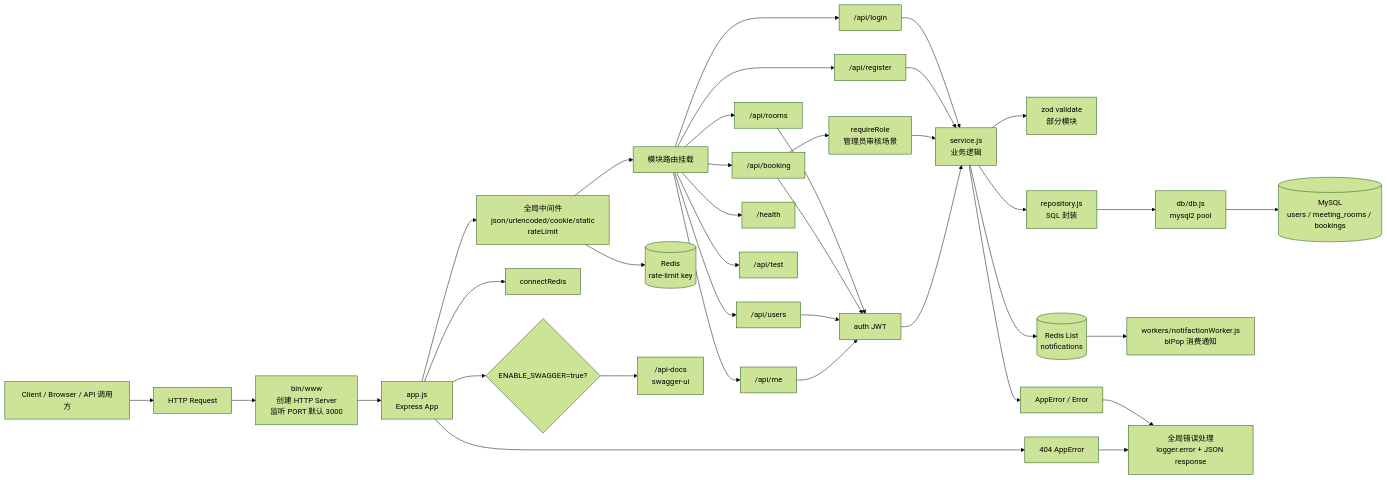
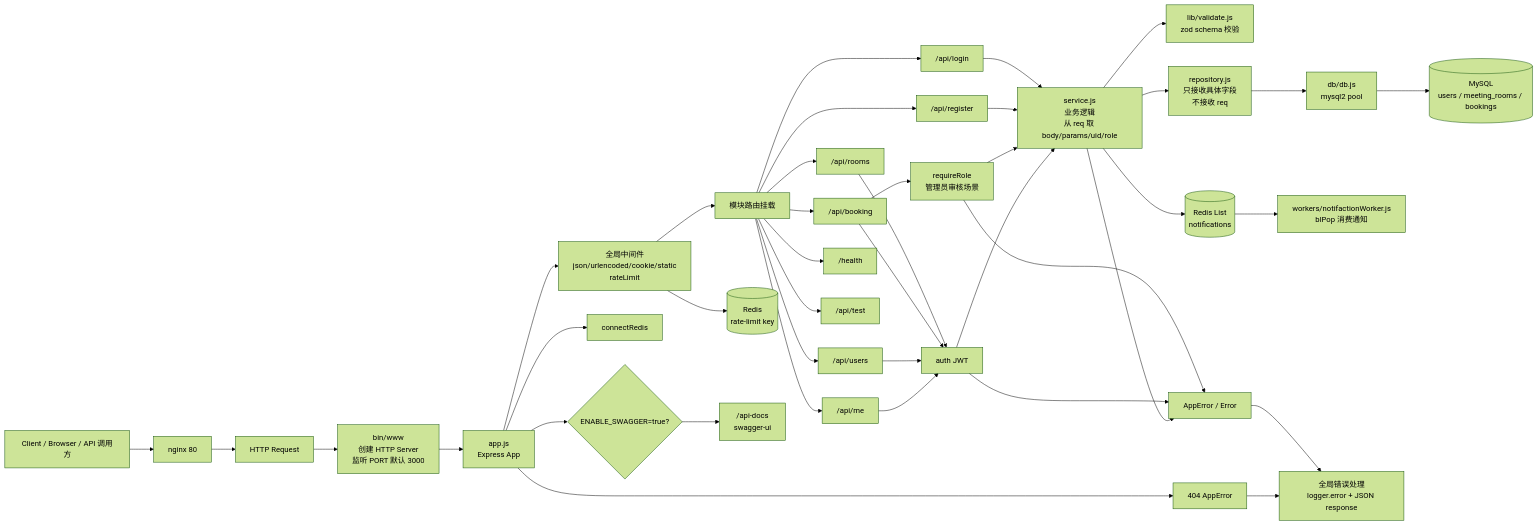
Before and after one commit to taotao9125/light-agent: the second of 4 diagrams in server/dev-to-deploy-architecture.md, drawn with Mermaid (forest theme). The commit also changed other lines of this file, not shown here.

Commit message:
🎉: 架构图更新

````diff
--- a/server/dev-to-deploy-architecture.md
+++ b/server/dev-to-deploy-architecture.md
@@ -48,49 +55,52 @@
 ```mermaid
 flowchart LR
-    CLIENT[Client / Browser / API 调用方] --> HTTP[HTTP Request]
-    HTTP --> SERVER[bin/www<br/>创建 HTTP Server<br/>监听 PORT 默认 3000]
-    SERVER --> APP[app.js<br/>Express App]
+    CLIENT[Client / Browser / API 调用方] --> NGINX[nginx 80]
+    NGINX --> HTTP[HTTP Request]
+    HTTP --> SERVER["bin/www<br/>创建 HTTP Server<br/>监听 PORT 默认 3000"]
+    SERVER --> APP["app.js<br/>Express App"]
 
-    APP --> GLOBAL_MW[全局中间件<br/>json/urlencoded/cookie/static<br/>rateLimit]
+    APP --> GLOBAL_MW["全局中间件<br/>json/urlencoded/cookie/static<br/>rateLimit"]
     GLOBAL_MW --> ROUTES[模块路由挂载]
 
     ROUTES --> ME["/api/me"]
     ROUTES --> USERS["/api/users"]
     ROUTES --> REGISTER["/api/register"]
     ROUTES --> LOGIN["/api/login"]
     ROUTES --> BOOKING["/api/booking"]
     ROUTES --> ROOMS["/api/rooms"]
     ROUTES --> HEALTH["/health"]
     ROUTES --> TEST_API["/api/test"]
 
     ME --> AUTH[auth JWT]
     USERS --> AUTH
     BOOKING --> AUTH
     ROOMS --> AUTH
 
-    BOOKING --> ROLE[requireRole<br/>管理员审核场景]
+    BOOKING --> ROLE["requireRole<br/>管理员审核场景"]
 
-    AUTH --> SERVICE[service.js<br/>业务逻辑]
+    AUTH --> SERVICE["service.js<br/>业务逻辑<br/>从 req 取 body/params/uid/role"]
     ROLE --> SERVICE
     REGISTER --> SERVICE
     LOGIN --> SERVICE
 
-    SERVICE --> VALIDATE[zod validate<br/>部分模块]
-    SERVICE --> REPO[repository.js<br/>SQL 封装]
-    REPO --> DB[db/db.js<br/>mysql2 pool]
+    SERVICE --> VALIDATE["lib/validate.js<br/>zod schema 校验"]
+    SERVICE --> REPO["repository.js<br/>只接收具体字段<br/>不接收 req"]
+    REPO --> DB["db/db.js<br/>mysql2 pool"]
     DB --> MYSQL[(MySQL<br/>users / meeting_rooms / bookings)]
 
     APP --> REDIS_CONN[connectRedis]
     GLOBAL_MW --> RATE_REDIS[(Redis<br/>rate-limit key)]
     SERVICE --> QUEUE[(Redis List<br/>notifications)]
 
-    QUEUE --> WORKER[workers/notifactionWorker.js<br/>blPop 消费通知]
+    QUEUE --> WORKER["workers/notifactionWorker.js<br/>blPop 消费通知"]
 
     APP --> SWAGGER{ENABLE_SWAGGER=true?}
     SWAGGER --> DOCS["/api-docs<br/>swagger-ui"]
 
     APP --> NOT_FOUND[404 AppError]
     SERVICE --> ERROR[AppError / Error]
-    NOT_FOUND --> ERR_HANDLER[全局错误处理<br/>logger.error + JSON response]
+    AUTH --> ERROR
+    ROLE --> ERROR
+    NOT_FOUND --> ERR_HANDLER["全局错误处理<br/>logger.error + JSON response"]
     ERROR --> ERR_HANDLER
 ```
````
